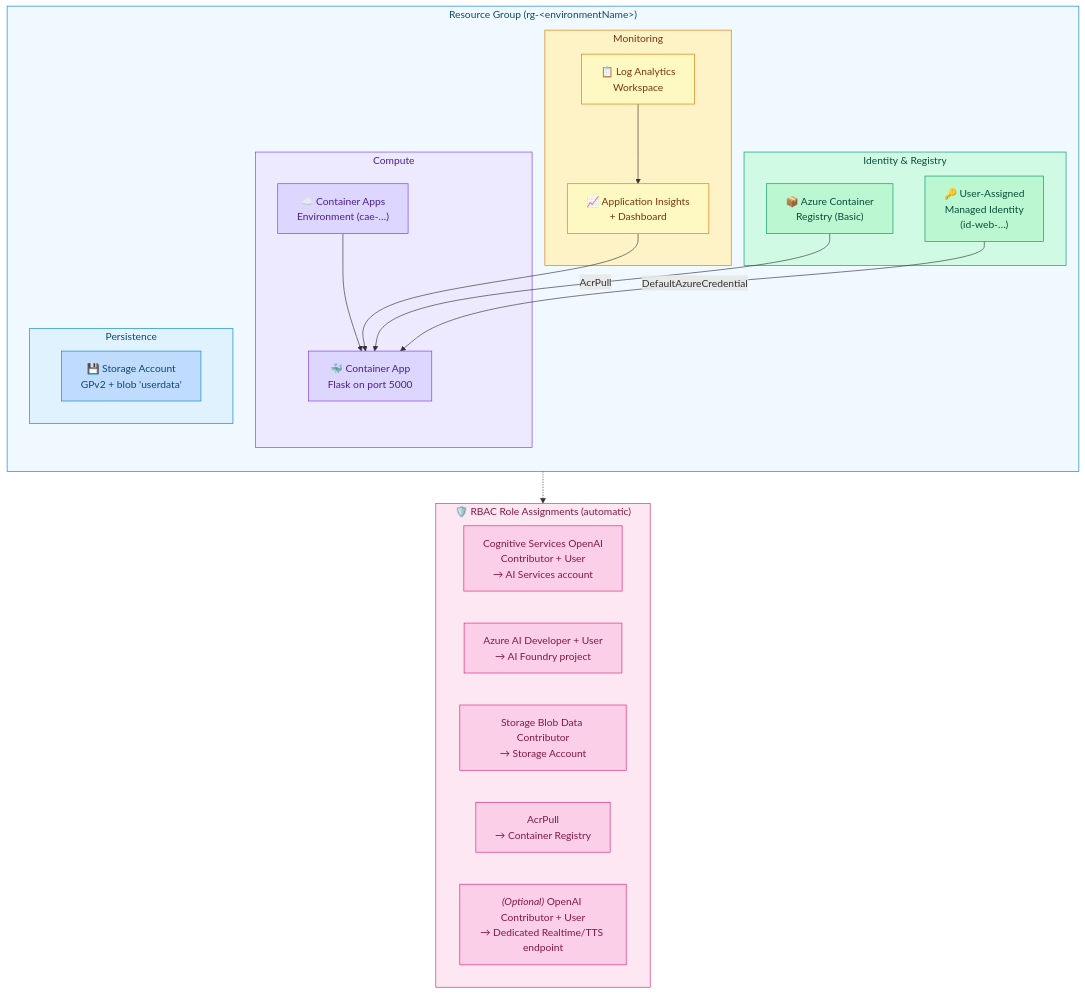
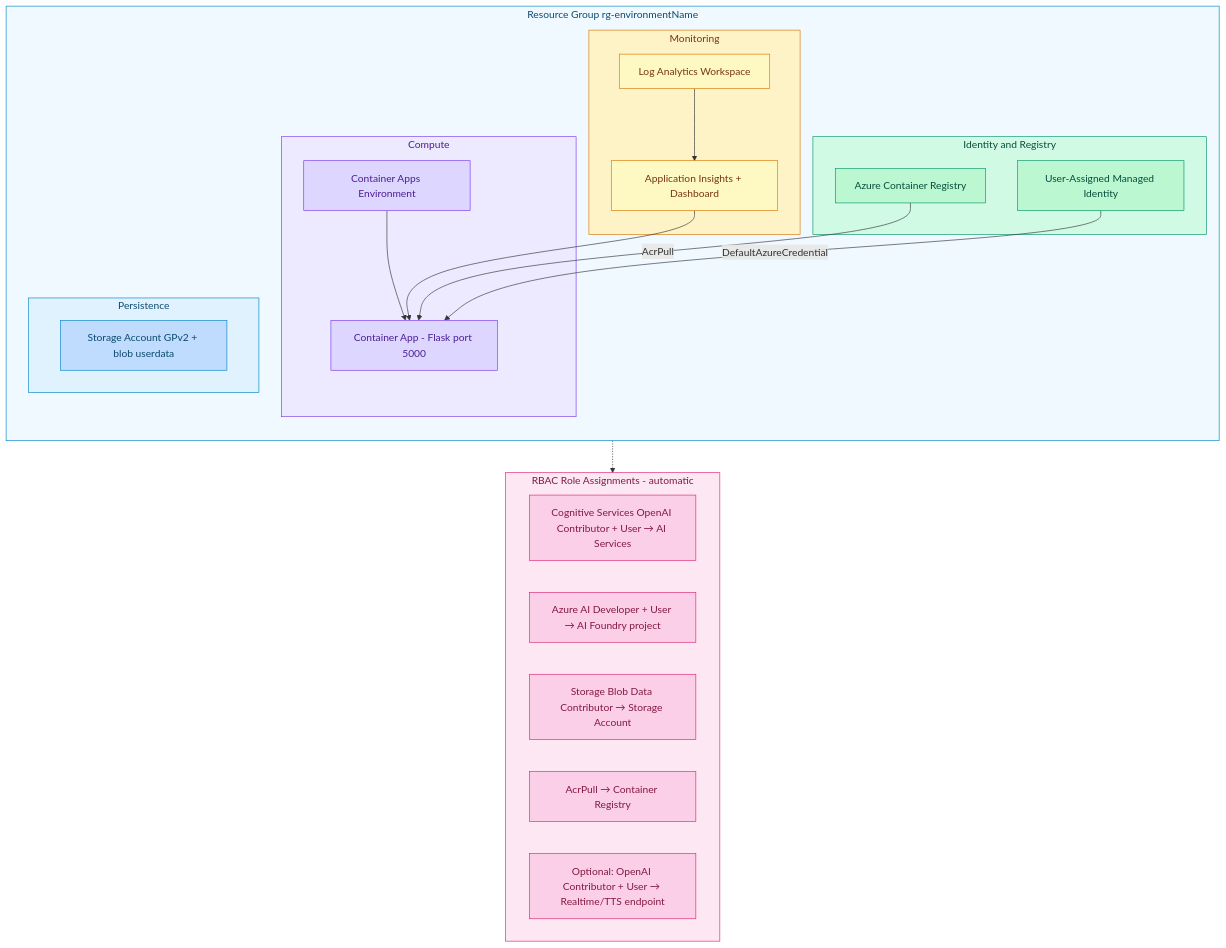
The third of 4 diagrams in model_migration_eval/README.md (aiappsgbb/AOAI-models-migration), drawn with Mermaid before and after one commit.

Commit message:
update README.md with Mermaid diagrams

````diff
--- a/model_migration_eval/README.md
+++ b/model_migration_eval/README.md
@@ -1914,60 +1914,60 @@
 ```mermaid
 flowchart TB
-    subgraph RG["Resource Group (rg-&lt;environmentName&gt;)"]
+    subgraph RG["Resource Group rg-environmentName"]
         direction TB
 
         subgraph MONITOR["Monitoring"]
-            LOG["📋 Log Analytics<br/>Workspace"]
-            AI["📈 Application Insights<br/>+ Dashboard"]
+            LOG["Log Analytics Workspace"]
+            AI["Application Insights + Dashboard"]
         end
 
         subgraph COMPUTE["Compute"]
-            CAE["☁️ Container Apps<br/>Environment (cae-…)"]
-            CA["🐳 Container App<br/>Flask on port 5000"]
+            CAE["Container Apps Environment"]
+            CA["Container App - Flask port 5000"]
             CAE --> CA
         end
 
-        subgraph IDENTITY["Identity & Registry"]
-            ACR["📦 Azure Container<br/>Registry (Basic)"]
-            MI["🔑 User-Assigned<br/>Managed Identity<br/>(id-web-…)"]
+        subgraph IDENTITY["Identity and Registry"]
+            ACR["Azure Container Registry"]
+            MI["User-Assigned Managed Identity"]
         end
 
         subgraph STORAGE["Persistence"]
-            SA["💾 Storage Account<br/>GPv2 + blob 'userdata'"]
+            SA["Storage Account GPv2 + blob userdata"]
         end
 
         LOG --> AI
         AI --> CA
         ACR -- "AcrPull" --> CA
         MI -- "DefaultAzureCredential" --> CA
     end
 
-    subgraph RBAC["🛡️ RBAC Role Assignments (automatic)"]
-        R1["Cognitive Services OpenAI<br/>Contributor + User<br/>→ AI Services account"]
-        R2["Azure AI Developer + User<br/>→ AI Foundry project"]
-        R3["Storage Blob Data Contributor<br/>→ Storage Account"]
-        R4["AcrPull<br/>→ Container Registry"]
-        R5["<i>(Optional)</i> OpenAI Contributor + User<br/>→ Dedicated Realtime/TTS endpoint"]
+    subgraph RBAC["RBAC Role Assignments - automatic"]
+        R1["Cognitive Services OpenAI Contributor + User → AI Services"]
+        R2["Azure AI Developer + User → AI Foundry project"]
+        R3["Storage Blob Data Contributor → Storage Account"]
+        R4["AcrPull → Container Registry"]
+        R5["Optional: OpenAI Contributor + User → Realtime/TTS endpoint"]
     end
 
     MI -.-> RBAC
 
     style RG fill:#f0f9ff,stroke:#0284c7,color:#0c4a6e
     style MONITOR fill:#fef3c7,stroke:#d97706,color:#78350f
     style LOG fill:#fef9c3,stroke:#d97706,color:#78350f
     style AI fill:#fef9c3,stroke:#d97706,color:#78350f
     style COMPUTE fill:#ede9fe,stroke:#7c3aed,color:#4c1d95
     style CAE fill:#ddd6fe,stroke:#7c3aed,color:#4c1d95
     style CA fill:#ddd6fe,stroke:#7c3aed,color:#4c1d95
     style IDENTITY fill:#d1fae5,stroke:#059669,color:#064e3b
     style ACR fill:#bbf7d0,stroke:#059669,color:#064e3b
     style MI fill:#bbf7d0,stroke:#059669,color:#064e3b
     style STORAGE fill:#e0f2fe,stroke:#0284c7,color:#0c4a6e
     style SA fill:#bfdbfe,stroke:#0284c7,color:#0c4a6e
     style RBAC fill:#fce7f3,stroke:#db2777,color:#831843
     style R1 fill:#fbcfe8,stroke:#db2777,color:#831843
     style R2 fill:#fbcfe8,stroke:#db2777,color:#831843
     style R3 fill:#fbcfe8,stroke:#db2777,color:#831843
     style R4 fill:#fbcfe8,stroke:#db2777,color:#831843
     style R5 fill:#fbcfe8,stroke:#db2777,color:#831843
 ```
````
